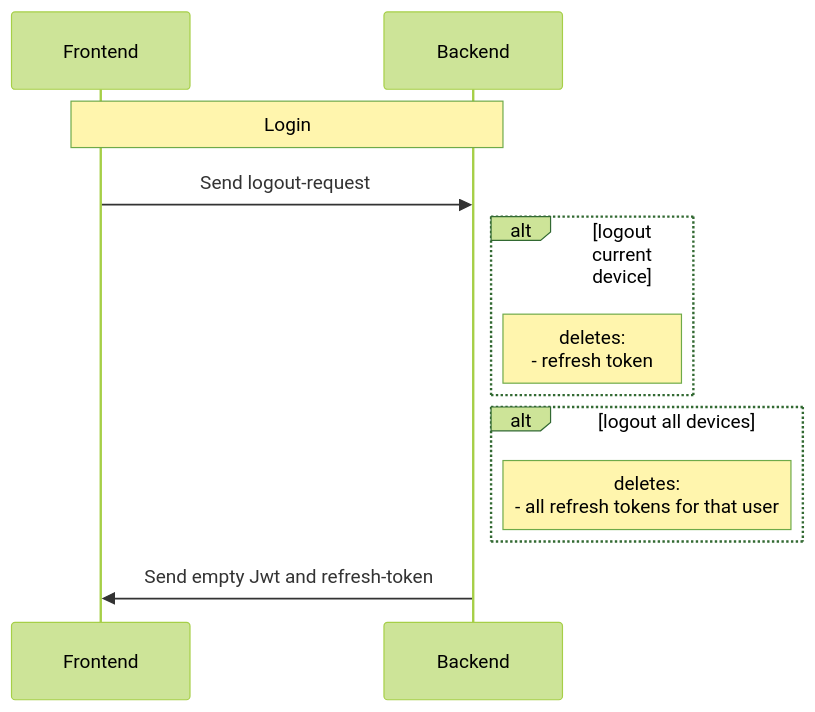
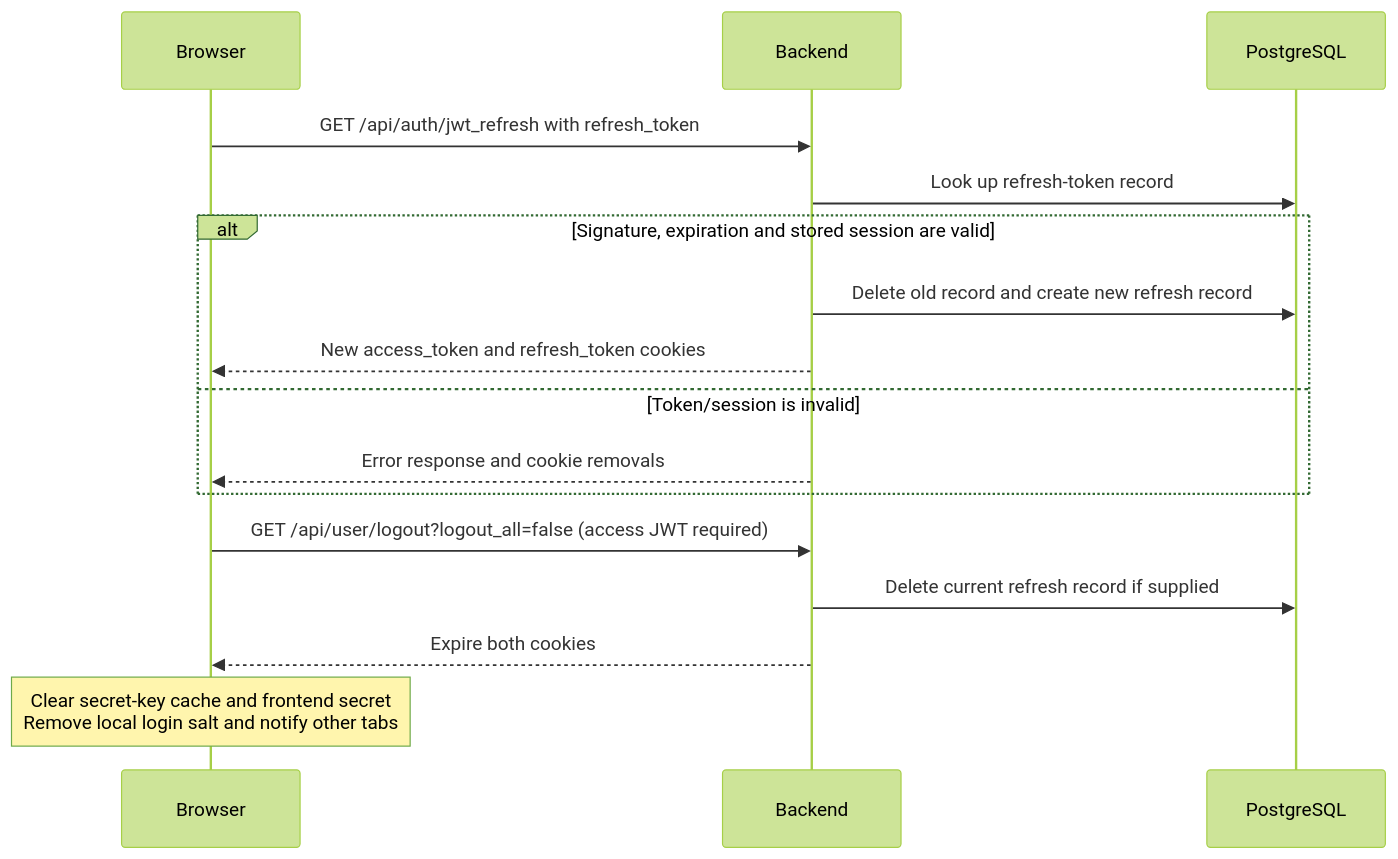
The third of 9 diagrams in sequence.md (Tinkerforge/esp32-remote-access), drawn with Mermaid (forest theme) before and after one commit. The commit also changed other lines of this file and 30 other files, not shown here.

````diff
--- a/sequence.md
+++ b/sequence.md
@@ -83,12 +71,18 @@
 ```mermaid
 sequenceDiagram
-    Note over Frontend, Backend: Login
-    Frontend->>Backend: Send logout-request
-    alt logout current device
-        Note right of Backend: deletes: <br> - refresh token
+    participant Browser
+    participant Backend
+    participant DB as PostgreSQL
+    Browser->>Backend: GET /api/auth/jwt_refresh with refresh_token
+    Backend->>DB: Look up refresh-token record
+    alt Signature, expiration and stored session are valid
+        Backend->>DB: Delete old record and create new refresh record
+        Backend-->>Browser: New access_token and refresh_token cookies
+    else Token/session is invalid
+        Backend-->>Browser: Error response and cookie removals
     end
-    alt logout all devices
-        Note right of Backend: deletes: <br> - all refresh tokens for that user
-    end
-    Backend->>Frontend: Send empty Jwt and refresh-token
+    Browser->>Backend: GET /api/user/logout?logout_all=false (access JWT required)
+    Backend->>DB: Delete current refresh record if supplied
+    Backend-->>Browser: Expire both cookies
+    Note over Browser: Clear secret-key cache and frontend secret<br/>Remove local login salt and notify other tabs
 ```
````
